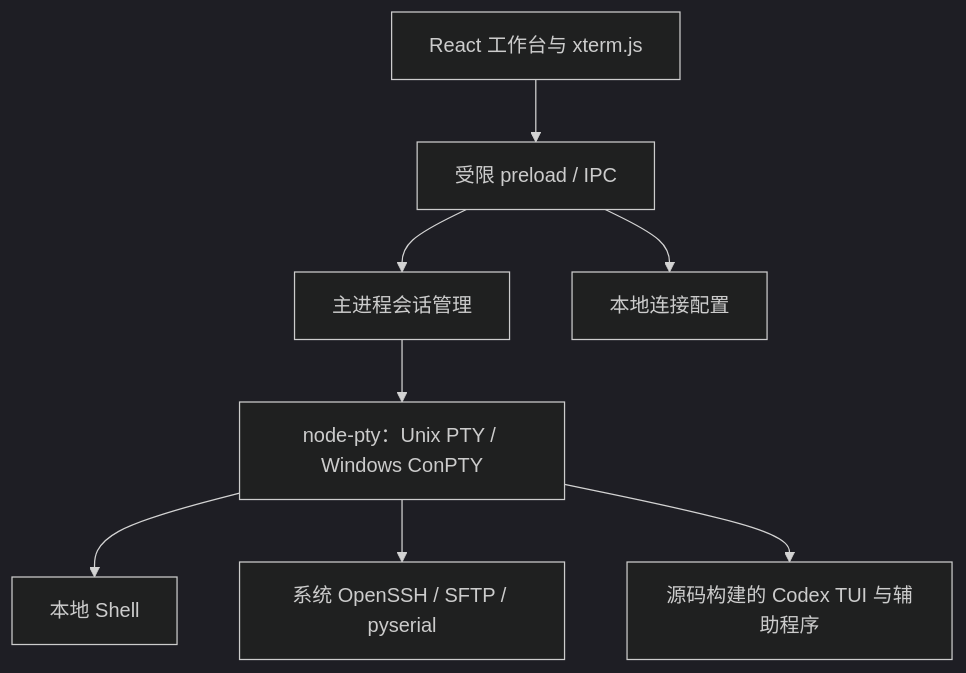
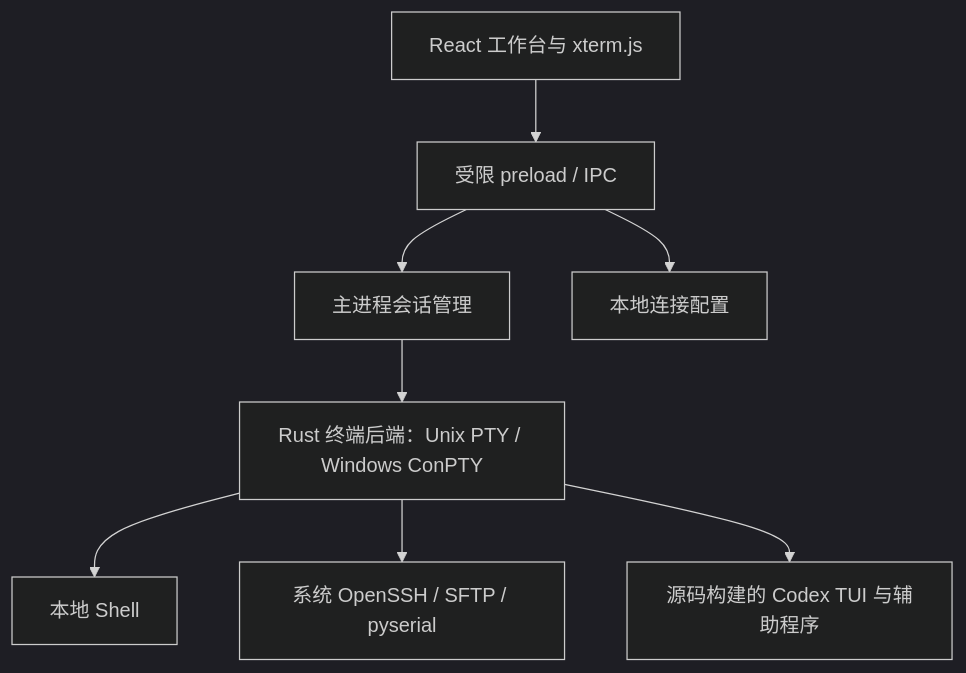
The diagram in docs/omniterm/architecture.md (YanYaoyuan/omniTerm), drawn with Mermaid (dark theme) before and after one commit. The commit also changed other lines of this file and 13 other files, not shown here.

````diff
--- a/docs/omniterm/architecture.md
+++ b/docs/omniterm/architecture.md
@@ -29,18 +29,18 @@
 ```mermaid
 flowchart TB
     UI[React 工作台与 xterm.js]
     Bridge[受限 preload / IPC]
     Sessions[主进程会话管理]
     Profiles[本地连接配置]
-    PTY[node-pty：Unix PTY / Windows ConPTY]
+    PTY[Rust 终端后端：Unix PTY / Windows ConPTY]
     Shell[本地 Shell]
     Remote[系统 OpenSSH / SFTP / pyserial]
     Agent[源码构建的 Codex TUI 与辅助程序]
     UI --> Bridge
     Bridge --> Sessions
     Bridge --> Profiles
     Sessions --> PTY
     PTY --> Shell
     PTY --> Remote
     PTY --> Agent
 ```
````
